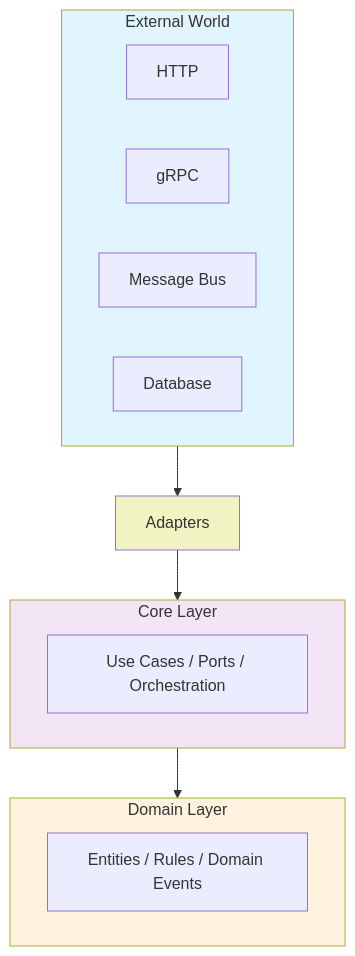
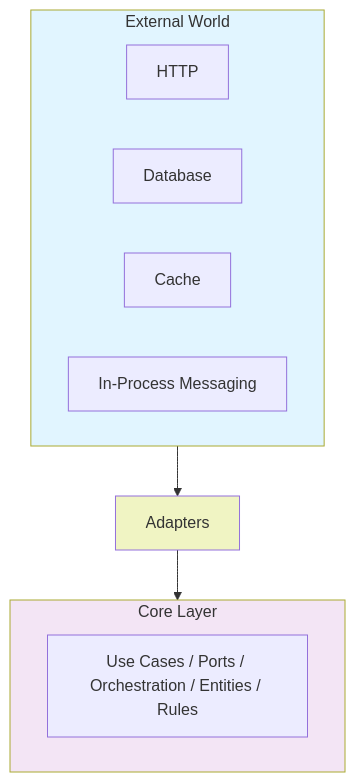
Before and after one commit to gpreviatti/hexagonal-solution-template: the first of 2 diagrams in templates/Simple/Readme.md, drawn with Mermaid. The commit also changed other lines of this file and 2 other files, not shown here.

````diff
--- a/templates/Simple/Readme.md
+++ b/templates/Simple/Readme.md
@@ -29,28 +28,22 @@
 ```mermaid
 flowchart TD
     subgraph ExternalWorld["External World"]
         HTTP["HTTP"]
-        gRPC["gRPC"]
-        MessageBus["Message Bus"]
         DB["Database"]
+        Cache["Cache"]
+        InProcMessaging["In-Process Messaging"]
     end
 
     subgraph AppLayer["Core Layer"]
-        UseCases["Use Cases / Ports / Orchestration"]
-    end
-
-    subgraph DomainLayer["Domain Layer"]
-        Entities["Entities / Rules / Domain Events"]
+        UseCases["Use Cases / Ports / Orchestration / Entities / Rules "]
     end
 
     Adapters["Adapters"]
 
     ExternalWorld --> Adapters
     Adapters --> AppLayer
-    AppLayer --> DomainLayer
 
     style ExternalWorld fill:#e1f5ff
     style AppLayer fill:#f3e5f5
-    style DomainLayer fill:#fff3e0
     style Adapters fill:#f0f4c3
 ```
````
